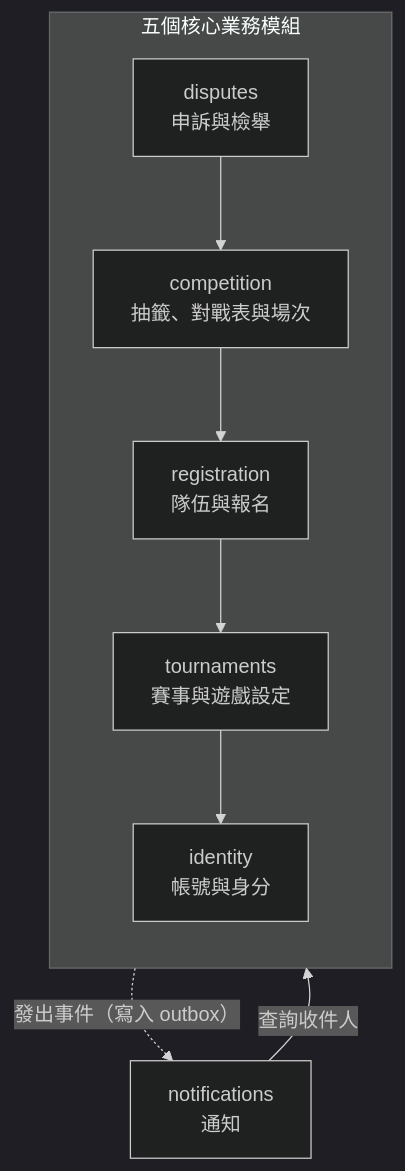
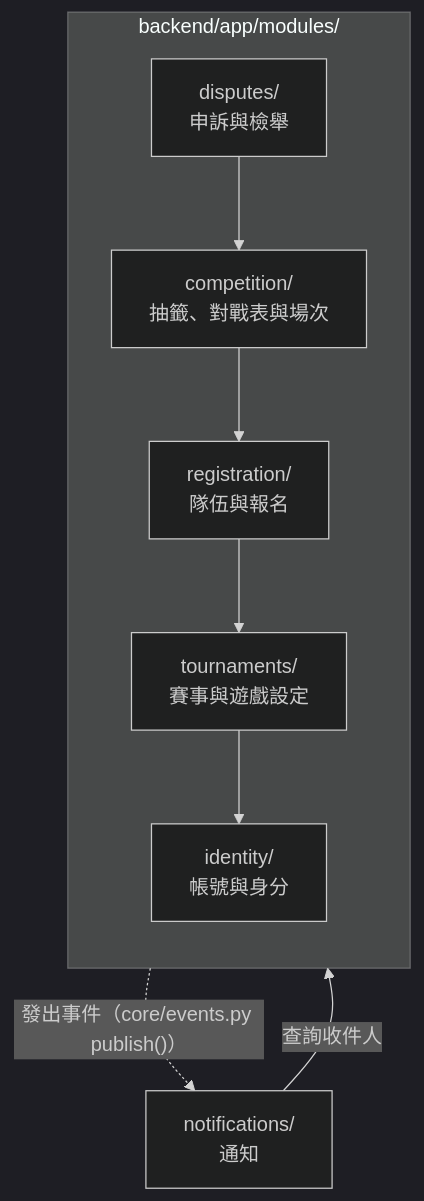
Before and after one commit to Team14good/esport-platform: the third of 6 diagrams in docs/midterm/C-軟體設計文件.md, drawn with Mermaid (dark theme). The commit also changed other lines of this file and 15 other files, not shown here.

First line of the commit message:
docs: 圖上標註對應的程式檔、函式與使用案例編號 (#91)

````diff
--- a/docs/midterm/C-軟體設計文件.md
+++ b/docs/midterm/C-軟體設計文件.md
@@ -180,12 +181,12 @@
 ```mermaid
 flowchart TB
-  subgraph biz["五個核心業務模組"]
+  subgraph biz["backend/app/modules/"]
     direction TB
-    disputes["disputes<br/>申訴與檢舉"] --> competition["competition<br/>抽籤、對戰表與場次"]
-    competition --> registration["registration<br/>隊伍與報名"]
-    registration --> tournaments["tournaments<br/>賽事與遊戲設定"]
-    tournaments --> identity["identity<br/>帳號與身分"]
+    disputes["disputes/<br/>申訴與檢舉"] --> competition["competition/<br/>抽籤、對戰表與場次"]
+    competition --> registration["registration/<br/>隊伍與報名"]
+    registration --> tournaments["tournaments/<br/>賽事與遊戲設定"]
+    tournaments --> identity["identity/<br/>帳號與身分"]
   end
-  biz -. 發出事件（寫入 outbox） .-> notifications["notifications<br/>通知"]
+  biz -. "發出事件（core/events.py publish()）" .-> notifications["notifications/<br/>通知"]
   notifications -- 查詢收件人 --> biz
 ```
````
